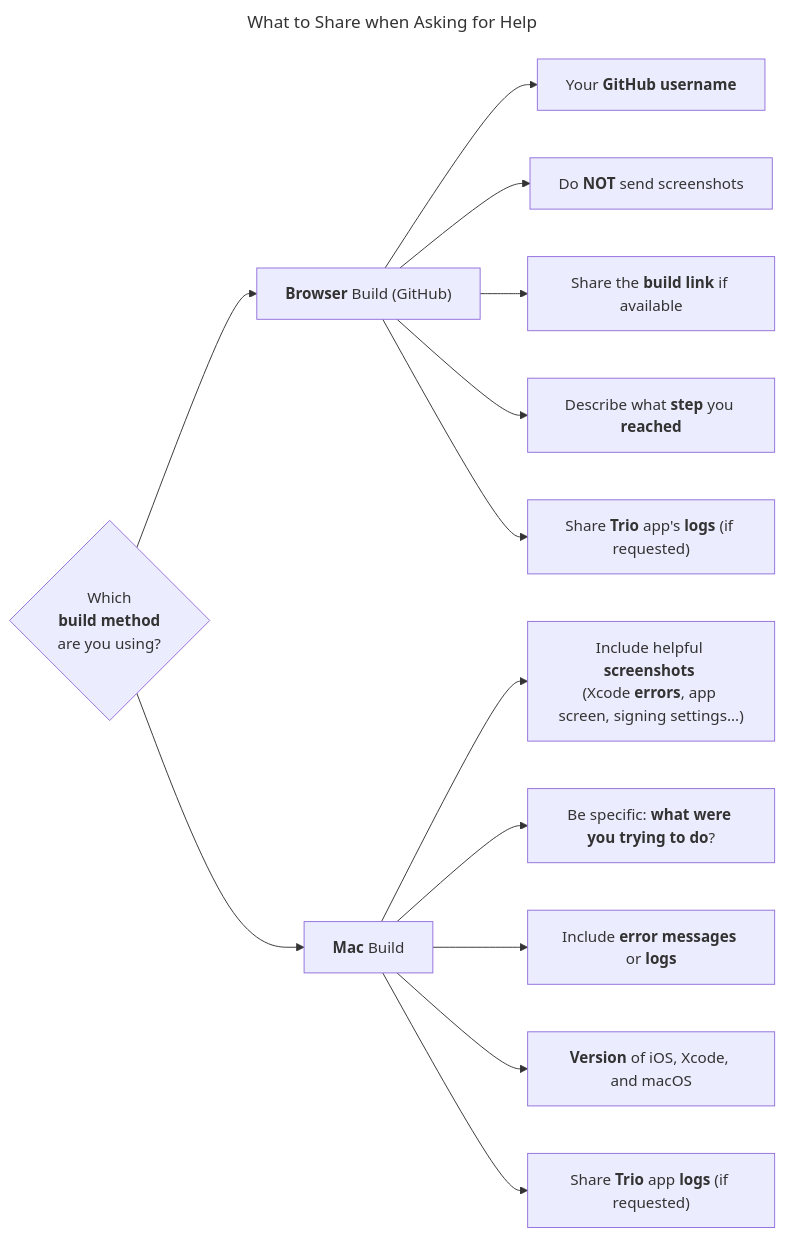
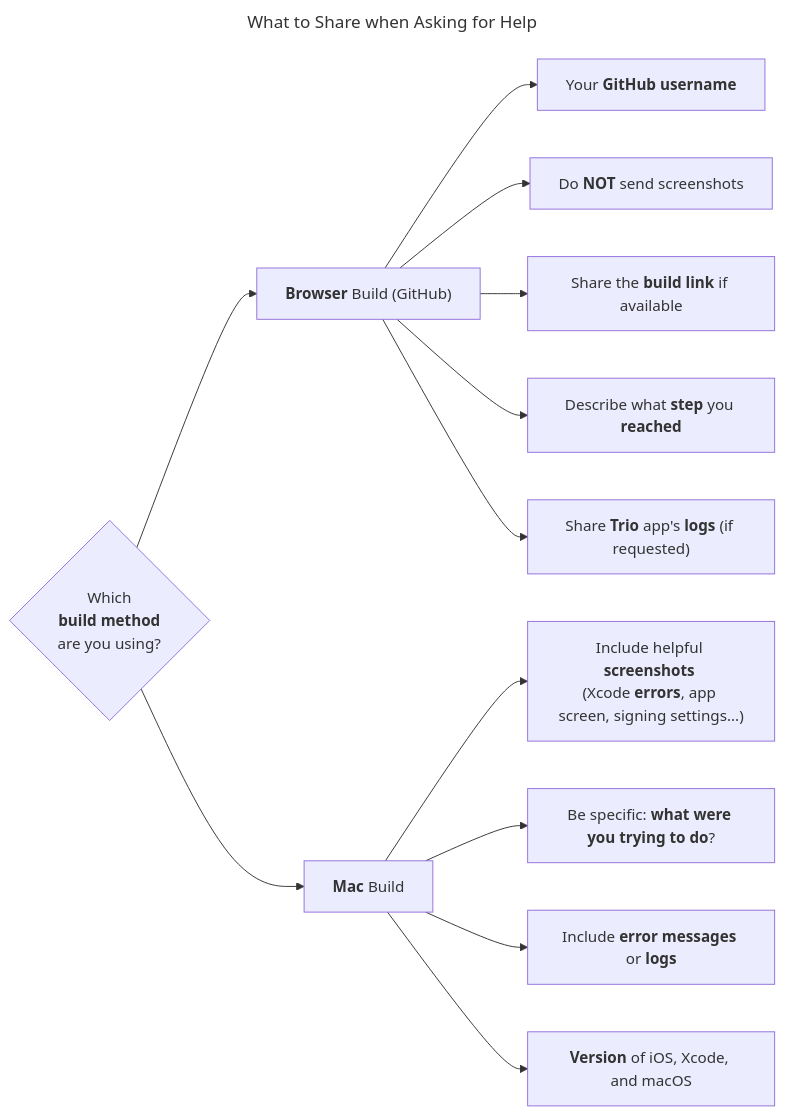
One commit to nightscout/trio-docs changed the diagram in docs/help/submit-issue.md. Above: the diagram before and after it, drawn with Mermaid.

Commit message:
docs(help): Remove unrelated item from flow chart

````diff
--- a/docs/help/submit-issue.md
+++ b/docs/help/submit-issue.md
@@ -76,27 +76,26 @@
 ```mermaid
 ---
 title: What to Share when Asking for Help
 ---
 flowchart LR
 	B{"`Which 
      **build method** 
      are you using?`"}
     
     B --> C["`**Browser** Build (GitHub)`"]
     B --> D["`**Mac** Build`"]
 
     %% Browser Build Path
     C --> C1["`Your **GitHub username**`"]
     C --> C2["`Do **NOT** send screenshots`"]
     C --> C3["`Share the **build link** if available`"]
     C --> C4["`Describe what **step** you **reached**`"]
     C --> C5["`Share **Trio** app's **logs** (if requested)`"]
     
     %% Mac Build Path
     D --> D1["`Include helpful **screenshots** 
     (Xcode **errors**, app screen, signing settings...)`"]
     D --> D3["`Be specific: **what were you trying to do**?`"]
     D --> D4["`Include **error messages** or **logs**`"]
     D --> D5["`**Version** of iOS, Xcode, and macOS`"]
-    D --> D6["`Share **Trio** app **logs** (if requested)`"]
 ```
````
